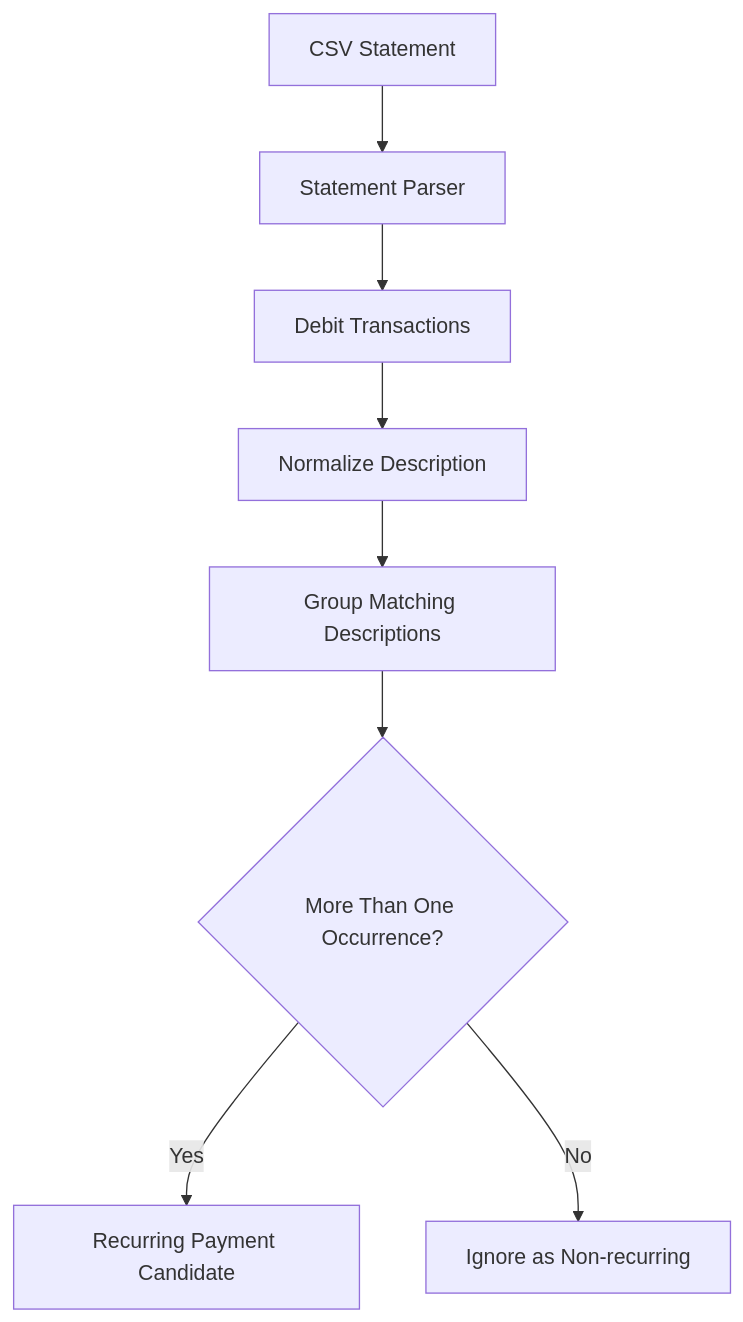
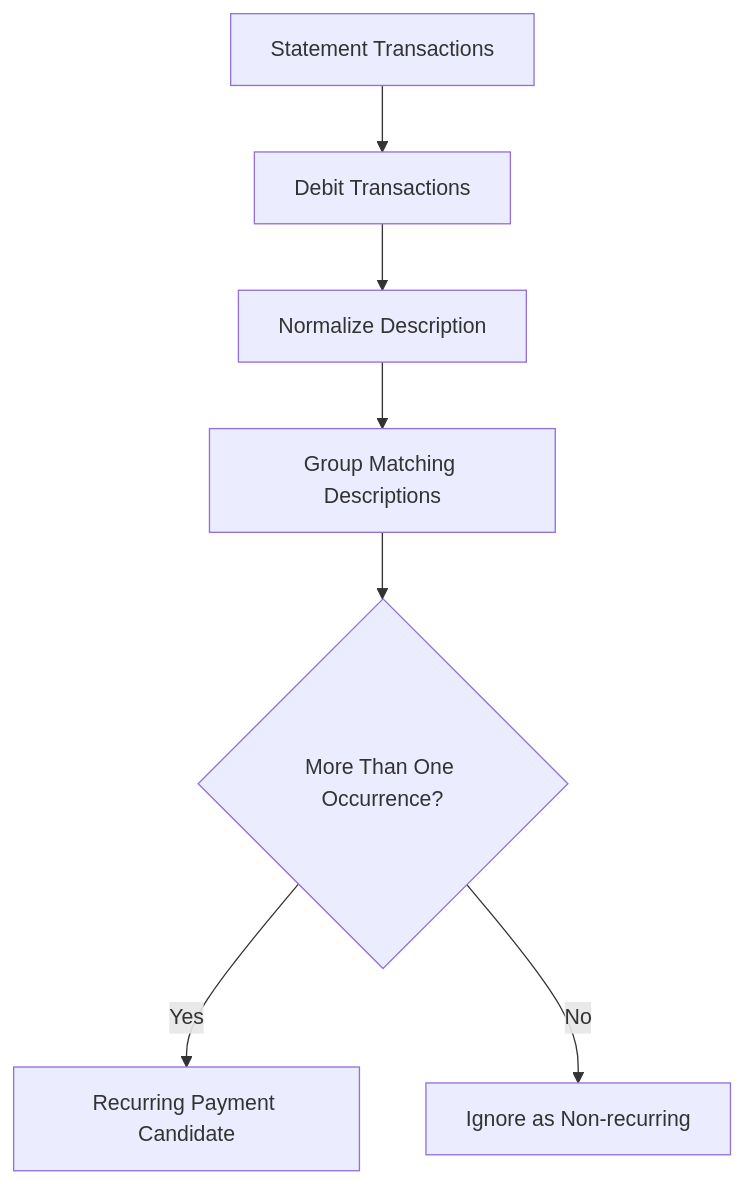
Before and after one commit to daniyalsaqib/Statement_Intelligence_Suite_ABL: the fifth of 6 diagrams in docs/ARCHITECTURE.md, drawn with Mermaid. The commit also changed other lines of this file and 2 other files, not shown here.

````diff
--- a/docs/ARCHITECTURE.md
+++ b/docs/ARCHITECTURE.md
@@ -727,19 +1005,17 @@
 ```mermaid
 flowchart TD
-    A[CSV Statement]
-    B[Statement Parser]
-    C[Debit Transactions]
-    D[Normalize Description]
-    E[Group Matching Descriptions]
-    F{More Than One Occurrence?}
-    G[Recurring Payment Candidate]
-    H[Ignore as Non-recurring]
+    A[Statement Transactions]
+    B[Debit Transactions]
+    C[Normalize Description]
+    D[Group Matching Descriptions]
+    E{More Than One Occurrence?}
+    F[Recurring Payment Candidate]
+    G[Ignore as Non-recurring]
 
     A --> B
     B --> C
     C --> D
     D --> E
-    E --> F
-    F -->|Yes| G
-    F -->|No| H
+    E -->|Yes| F
+    E -->|No| G
 ```
````
